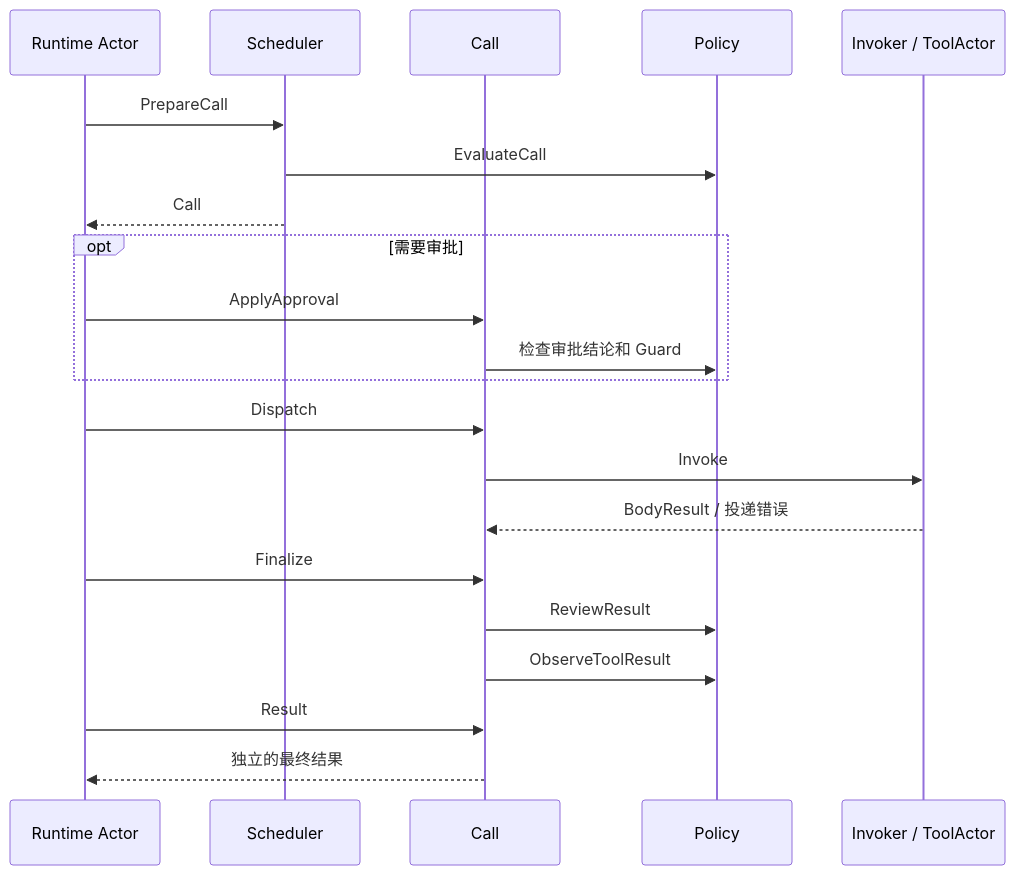
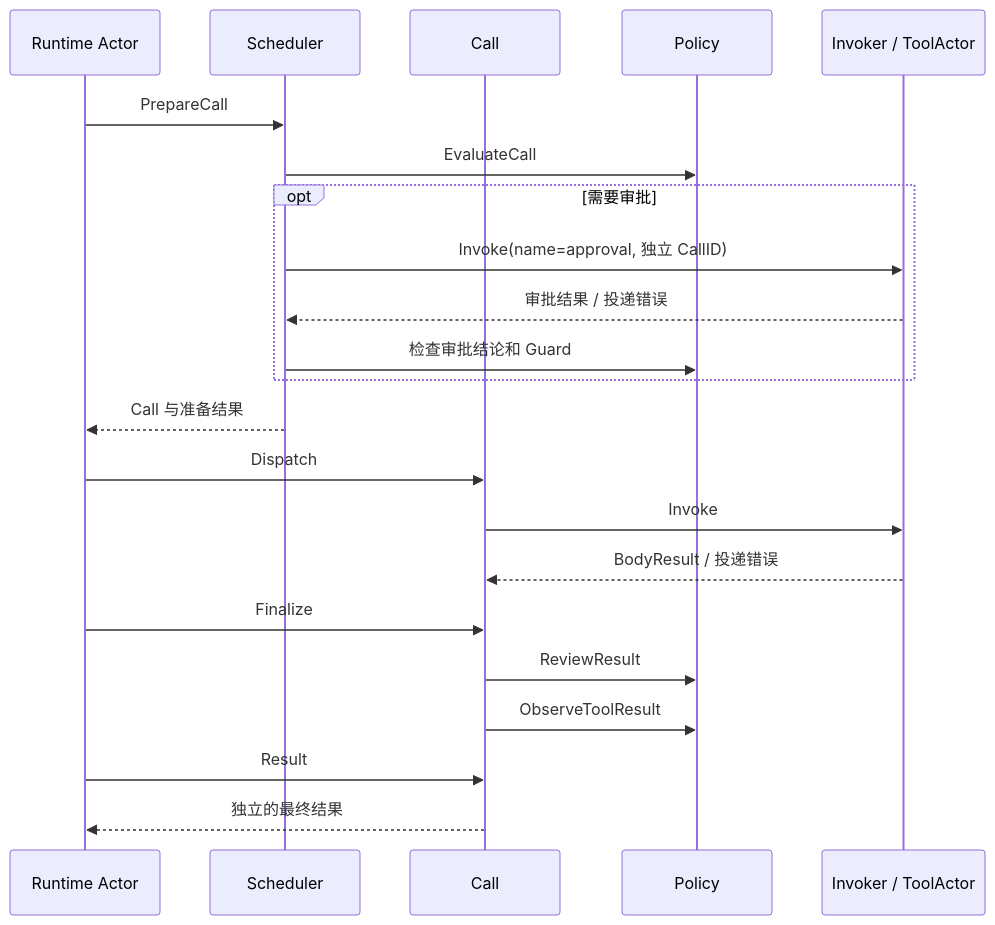
Before and after one commit to gorenx/goren: the diagram in tools/execution/README.zh-CN.md, drawn with Mermaid. The commit also changed other lines of this file and 13 other files, not shown here.

````diff
--- a/tools/execution/README.zh-CN.md
+++ b/tools/execution/README.zh-CN.md
@@ -20,23 +21,24 @@
 ```mermaid
 sequenceDiagram
     participant R as Runtime Actor
     participant S as Scheduler
     participant C as Call
     participant P as Policy
     participant I as Invoker / ToolActor
     R->>S: PrepareCall
     S->>P: EvaluateCall
-    S-->>R: Call
     opt 需要审批
-        R->>C: ApplyApproval
-        C->>P: 检查审批结论和 Guard
+        S->>I: Invoke(name=approval, 独立 CallID)
+        I-->>S: 审批结果 / 投递错误
+        S->>P: 检查审批结论和 Guard
     end
+    S-->>R: Call 与准备结果
     R->>C: Dispatch
     C->>I: Invoke
     I-->>C: BodyResult / 投递错误
     R->>C: Finalize
     C->>P: ReviewResult
     C->>P: ObserveToolResult
     R->>C: Result
     C-->>R: 独立的最终结果
 ```
````
